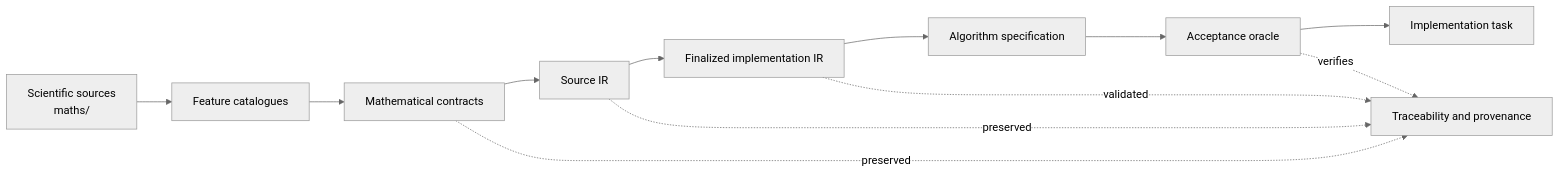
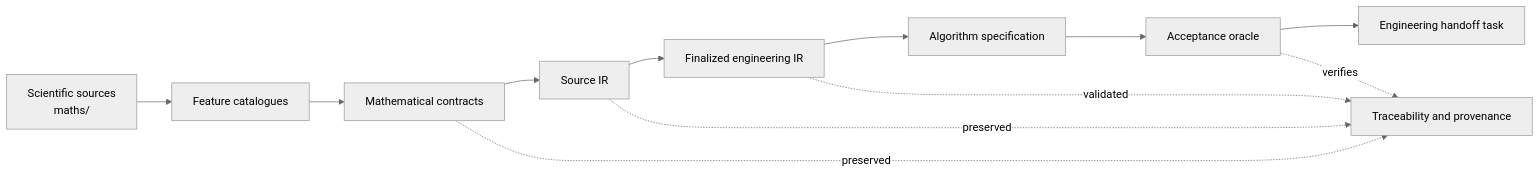
The diagram in README.md (Tradition-Learning-Community/tllib-specs), drawn with Mermaid (neutral theme) before and after one commit. The commit also changed other lines of this file and 15 other files, not shown here.

````diff
--- a/README.md
+++ b/README.md
@@ -48,15 +48,15 @@
 ```mermaid
 flowchart LR
     A[Scientific sources<br/>maths/] --> B[Feature catalogues]
     B --> C[Mathematical contracts]
     C --> D[Source IR]
-    D --> E[Finalized implementation IR]
+    D --> E[Finalized engineering IR]
     E --> F[Algorithm specification]
     F --> G[Acceptance oracle]
-    G --> H[Implementation task]
+    G --> H[Engineering handoff task]
 
     C -. preserved .-> I[Traceability and provenance]
     D -. preserved .-> I
     E -. validated .-> I
     G -. verifies .-> I
 ```
````
